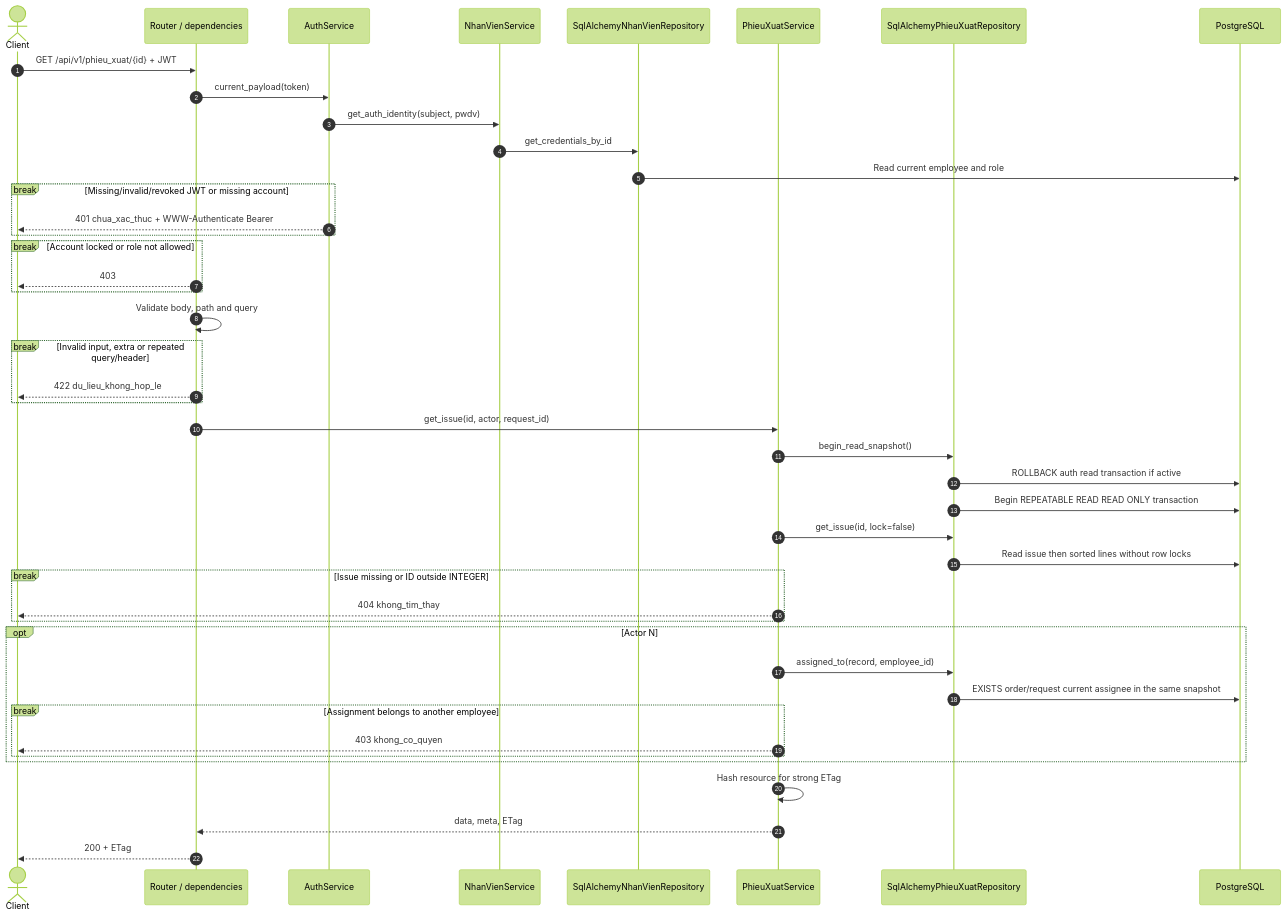
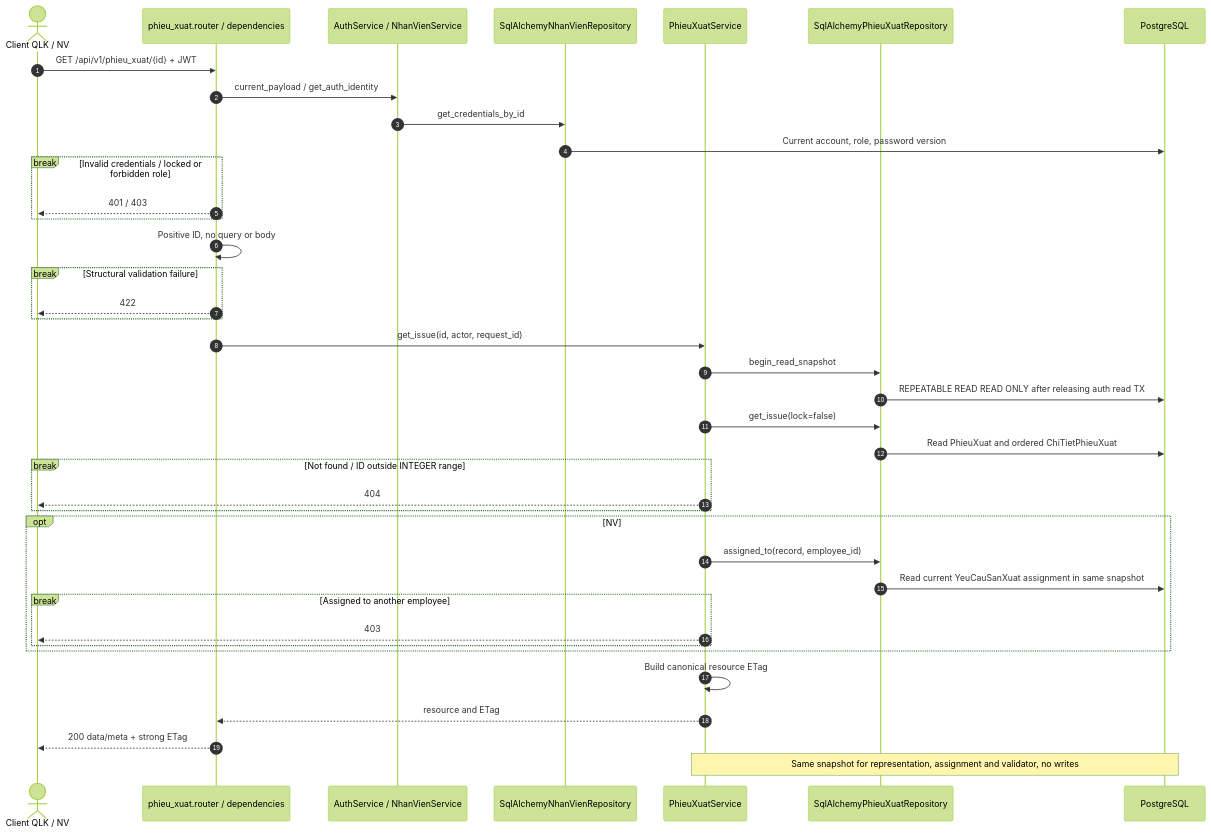
The second of 6 diagrams in docs/sequence/phieu_xuat.md (thanhklt/xbike-mrp-system), drawn with Mermaid (forest theme) before and after one commit. The commit also changed other lines of this file and 37 other files, not shown here.

Commit message:
feat(phieu-xuat): triển khai UC-34–UC-40 theo nghiệp vụ v4

````diff
--- a/docs/sequence/phieu_xuat.md
+++ b/docs/sequence/phieu_xuat.md
@@ -88,46 +86,41 @@
 ```mermaid
 sequenceDiagram
     autonumber
-    actor C as Client
-    participant R as Router / dependencies
-    participant AU as AuthService
-    participant NV as NhanVienService
-    participant NR as SqlAlchemyNhanVienRepository
+    actor C as Client QLK / NV
+    participant R as phieu_xuat.router / dependencies
+    participant A as AuthService / NhanVienService
+    participant N as SqlAlchemyNhanVienRepository
     participant S as PhieuXuatService
     participant P as SqlAlchemyPhieuXuatRepository
     participant DB as PostgreSQL
     C->>R: GET /api/v1/phieu_xuat/{id} + JWT
-    R->>AU: current_payload(token)
-    AU->>NV: get_auth_identity(subject, pwdv)
-    NV->>NR: get_credentials_by_id
-    NR->>DB: Read current employee and role
-    break Missing/invalid/revoked JWT or missing account
-        AU-->>C: 401 chua_xac_thuc + WWW-Authenticate Bearer
+    R->>A: current_payload / get_auth_identity
+    A->>N: get_credentials_by_id
+    N->>DB: Current account, role, password version
+    break Invalid credentials / locked or forbidden role
+        R-->>C: 401 / 403
     end
-    break Account locked or role not allowed
-        R-->>C: 403
-    end
-    R->>R: Validate body, path and query
-    break Invalid input, extra or repeated query/header
-        R-->>C: 422 du_lieu_khong_hop_le
+    R->>R: Positive ID, no query or body
+    break Structural validation failure
+        R-->>C: 422
     end
     R->>S: get_issue(id, actor, request_id)
-    S->>P: begin_read_snapshot()
-    P->>DB: ROLLBACK auth read transaction if active
-    P->>DB: Begin REPEATABLE READ READ ONLY transaction
-    S->>P: get_issue(id, lock=false)
-    P->>DB: Read issue then sorted lines without row locks
-    break Issue missing or ID outside INTEGER
-        S-->>C: 404 khong_tim_thay
+    S->>P: begin_read_snapshot
+    P->>DB: REPEATABLE READ READ ONLY after releasing auth read TX
+    S->>P: get_issue(lock=false)
+    P->>DB: Read PhieuXuat and ordered ChiTietPhieuXuat
+    break Not found / ID outside INTEGER range
+        S-->>C: 404
     end
-    opt Actor N
+    opt NV
         S->>P: assigned_to(record, employee_id)
-        P->>DB: EXISTS order/request current assignee in the same snapshot
-        break Assignment belongs to another employee
-            S-->>C: 403 khong_co_quyen
+        P->>DB: Read current YeuCauSanXuat assignment in same snapshot
+        break Assigned to another employee
+            S-->>C: 403
         end
     end
-    S->>S: Hash resource for strong ETag
-    S-->>R: data, meta, ETag
-    R-->>C: 200 + ETag
+    S->>S: Build canonical resource ETag
+    S-->>R: resource and ETag
+    R-->>C: 200 data/meta + strong ETag
+    Note over S,DB: Same snapshot for representation, assignment and validator, no writes
 ```
````
